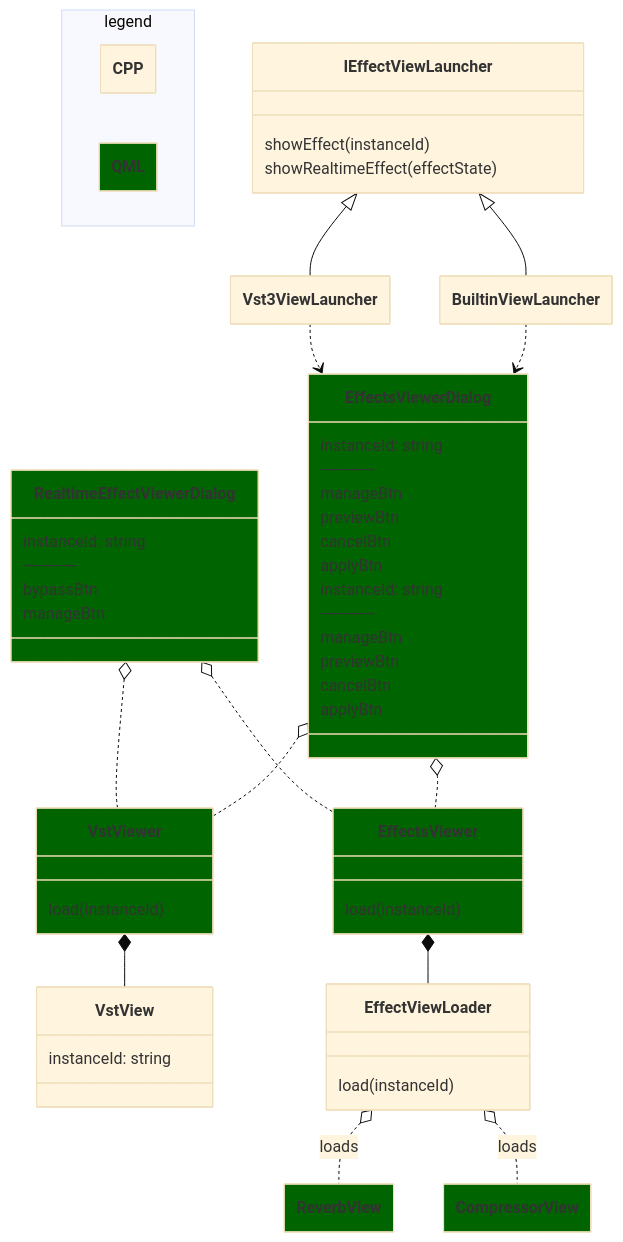
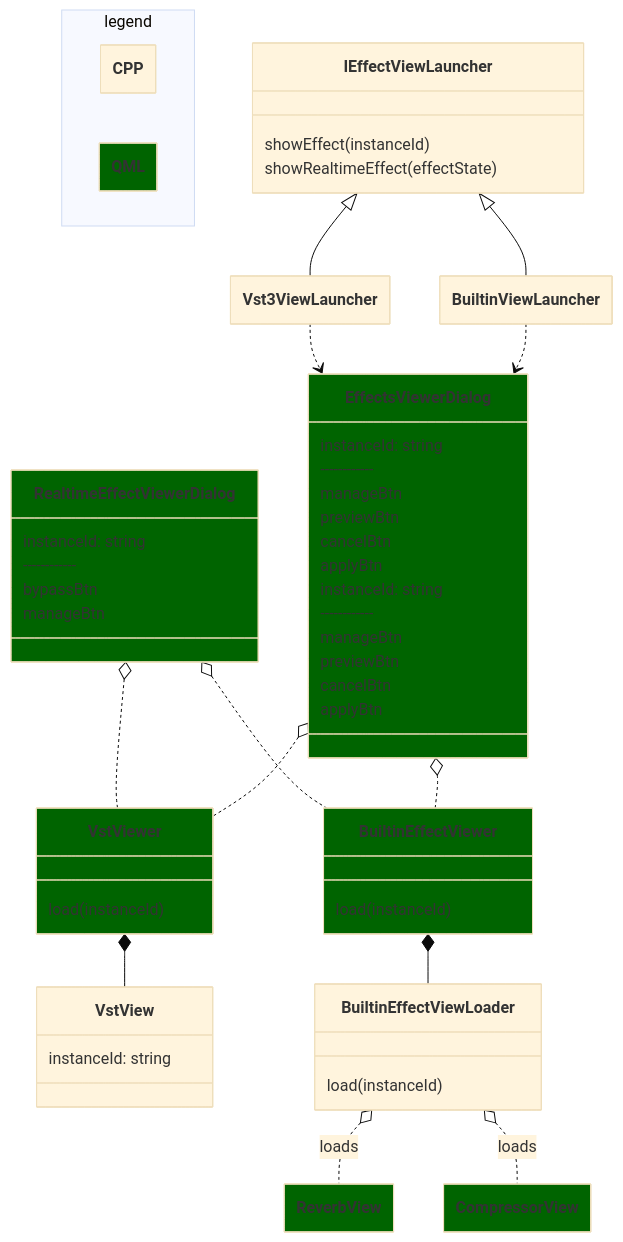
One commit to audacity/audacity changed the diagram in docs/effect-view-architecture.md. Above: the diagram before and after it, drawn with Mermaid (base theme). The commit also changed 16 other files, not shown here.

Commit message:
Clean-up: Builtin-viewer in builtin module, effectmanagemenu in effects_base module

````diff
--- a/docs/effect-view-architecture.md
+++ b/docs/effect-view-architecture.md
@@ -1,79 +1,79 @@
 ```mermaid
 ---
   config:
     class:
       hideEmptyMembersBox: true
 ---
 classDiagram
   VstViewer *-- VstView
 
   namespace legend {
     class CPP
     class QML:::qml
   }
 
   class IEffectViewLauncher {
     showEffect(instanceId)
     showRealtimeEffect(effectState)
   }
 
 
   IEffectViewLauncher <|-- Vst3ViewLauncher
   IEffectViewLauncher <|-- BuiltinViewLauncher
 
-  RealtimeEffectViewerDialog o.. EffectsViewer
+  RealtimeEffectViewerDialog o.. BuiltinEffectViewer
   RealtimeEffectViewerDialog o.. VstViewer
   EffectsViewerDialog o.. VstViewer
-  EffectsViewerDialog o.. EffectsViewer
-  EffectsViewer *-- EffectViewLoader
-  EffectViewLoader o.. ReverbView: loads
-  EffectViewLoader o.. CompressorView: loads
+  EffectsViewerDialog o.. BuiltinEffectViewer
+  BuiltinEffectViewer *-- BuiltinEffectViewLoader
+  BuiltinEffectViewLoader o.. ReverbView: loads
+  BuiltinEffectViewLoader o.. CompressorView: loads
   Vst3ViewLauncher ..> EffectsViewerDialog
   BuiltinViewLauncher ..> EffectsViewerDialog
 
   class ReverbView:::qml
   class CompressorView:::qml
 
-  class EffectViewLoader {
+  class BuiltinEffectViewLoader {
     load(instanceId)
   }
 
   class EffectsViewerDialog:::qml {
     instanceId: string
     ------------
     manageBtn
     previewBtn
     cancelBtn
     applyBtn
   }
 
   class EffectsViewerDialog:::qml {
     instanceId: string
     ------------
     manageBtn
     previewBtn
     cancelBtn
     applyBtn
   }
 
   class RealtimeEffectViewerDialog:::qml {
     instanceId: string
     ------------
     bypassBtn
     manageBtn
   }
 
-  class EffectsViewer:::qml {
+  class BuiltinEffectViewer:::qml {
     load(instanceId)
   }
 
   class VstViewer:::qml {
     load(instanceId)
   }
 
   class VstView {
     instanceId: string
   }
 
   classDef qml fill:darkgreen
 ```
````
